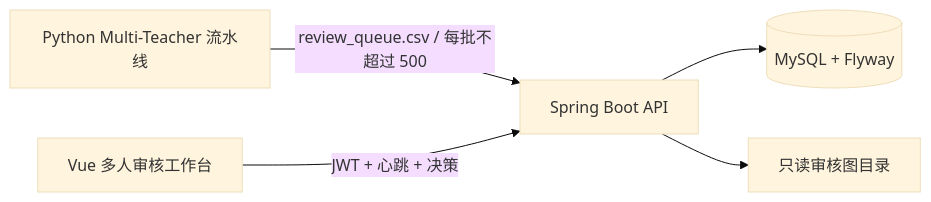
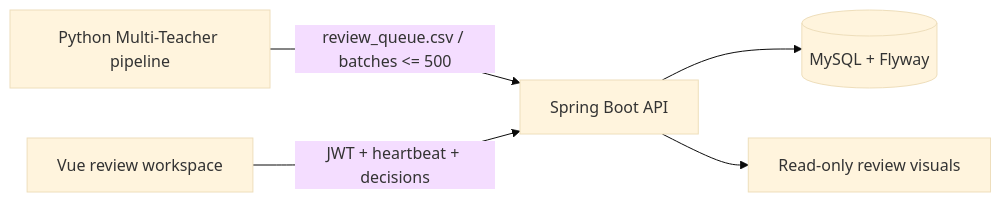
One commit to jiapengLi11/yolo-label-recovery changed the first of 2 diagrams in README.md. Above: the diagram before and after it, drawn with Mermaid (base theme). The commit also changed other lines of this file and 10 other files, not shown here.

````diff
--- a/README.md
+++ b/README.md
@@ -130,7 +113,7 @@
 ```mermaid
 flowchart LR
-    P["Python Multi-Teacher 流水线"] -->|"review_queue.csv / 每批不超过 500"| A["Spring Boot API"]
-    V["Vue 多人审核工作台"] -->|"JWT + 心跳 + 决策"| A
+    P["Python Multi-Teacher pipeline"] -->|"review_queue.csv / batches <= 500"| A["Spring Boot API"]
+    V["Vue review workspace"] -->|"JWT + heartbeat + decisions"| A
     A --> M[("MySQL + Flyway")]
-    A --> R["只读审核图目录"]
+    A --> R["Read-only review visuals"]
 ```
````
